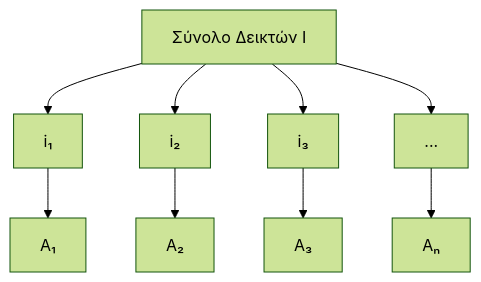
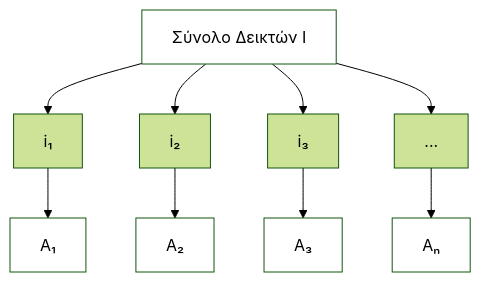
The first of 2 diagrams in Year_1/Semester_2/DISCRETE_MATHEMATICS/Resources/Notes/04_indexed_sets_and_well_ordering.md (PanagopoulosNikolaos/DitOpenNotes), drawn with Mermaid (forest theme) before and after one commit. The commit also changed other lines of this file and 5 other files, not shown here.

````diff
--- a/Year_1/Semester_2/DISCRETE_MATHEMATICS/Resources/Notes/04_indexed_sets_and_well_ordering.md
+++ b/Year_1/Semester_2/DISCRETE_MATHEMATICS/Resources/Notes/04_indexed_sets_and_well_ordering.md
@@ -13,17 +13,17 @@
 ```mermaid
 graph TD
     I[Σύνολο Δεικτών I] --> i1[i₁]
     I --> i2[i₂] 
     I --> i3[i₃]
     I --> dots[...]
     i1 --> A1[A₁]
     i2 --> A2[A₂]
     i3 --> A3[A₃]
     dots --> An[Aₙ]
     
-    style I fill:#f
-    style A1 fill:#f
-    style A2 fill:#f
-    style A3 fill:#f
-    style An fill:#f
+    style I fill:#ffffff
+    style A1 fill:#ffffff
+    style A2 fill:#ffffff
+    style A3 fill:#ffffff
+    style An fill:#ffffff
 ```
````
